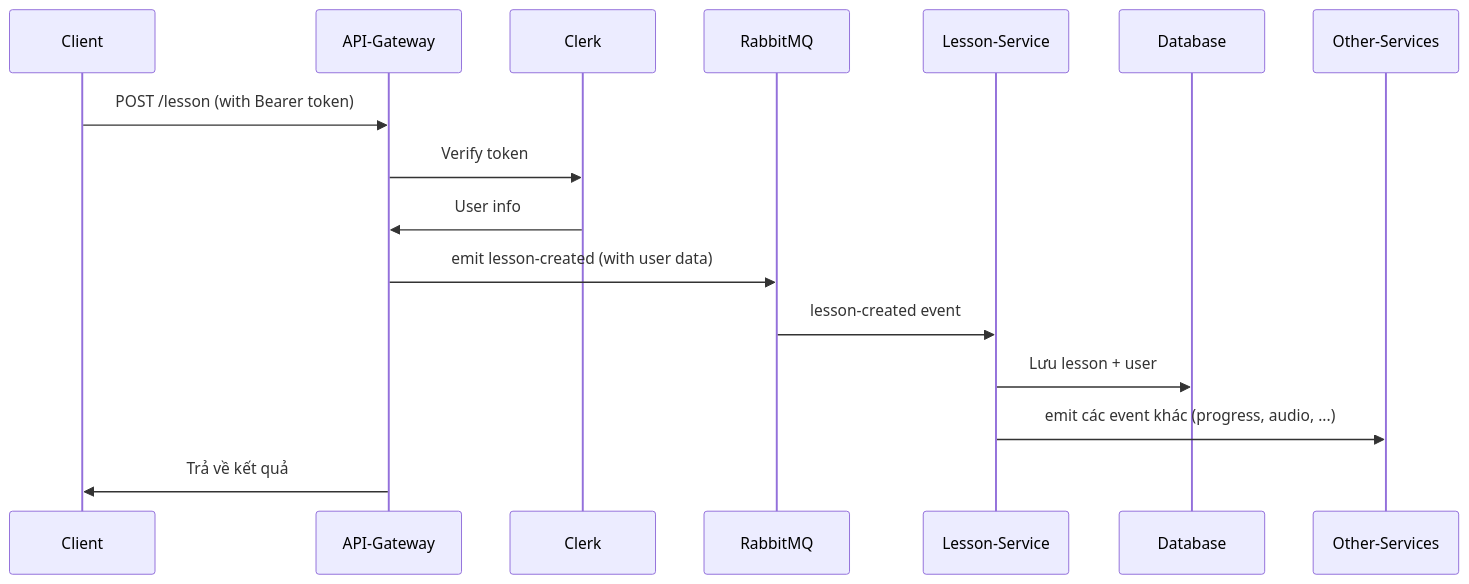
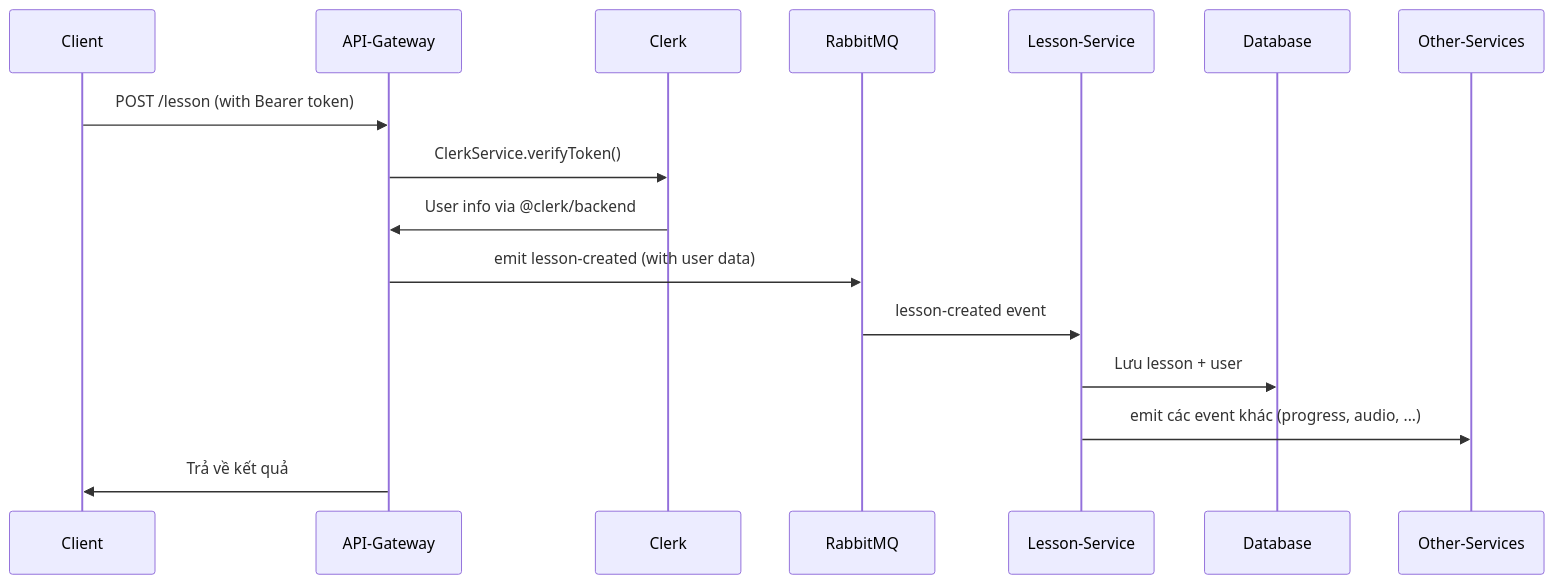
One commit to hoan02/puchi-be changed the diagram in README.md. Above: the diagram before and after it, drawn with Mermaid. The commit also changed other lines of this file and 20 other files, not shown here.

Commit message:
refactor: restructure API Gateway to forward requests via RabbitMQ

````diff
--- a/README.md
+++ b/README.md
@@ -40,19 +40,19 @@
 ```mermaid
 sequenceDiagram
     participant Client
     participant API-Gateway
     participant Clerk
     participant RabbitMQ
     participant Lesson-Service
     participant Database
     participant Other-Services
 
     Client->>API-Gateway: POST /lesson (with Bearer token)
-    API-Gateway->>Clerk: Verify token
-    Clerk->>API-Gateway: User info
+    API-Gateway->>Clerk: ClerkService.verifyToken()
+    Clerk->>API-Gateway: User info via @clerk/backend
     API-Gateway->>RabbitMQ: emit lesson-created (with user data)
     RabbitMQ->>Lesson-Service: lesson-created event
     Lesson-Service->>Database: Lưu lesson + user
     Lesson-Service->>Other-Services: emit các event khác (progress, audio, ...)
     API-Gateway->>Client: Trả về kết quả
 ```
````
